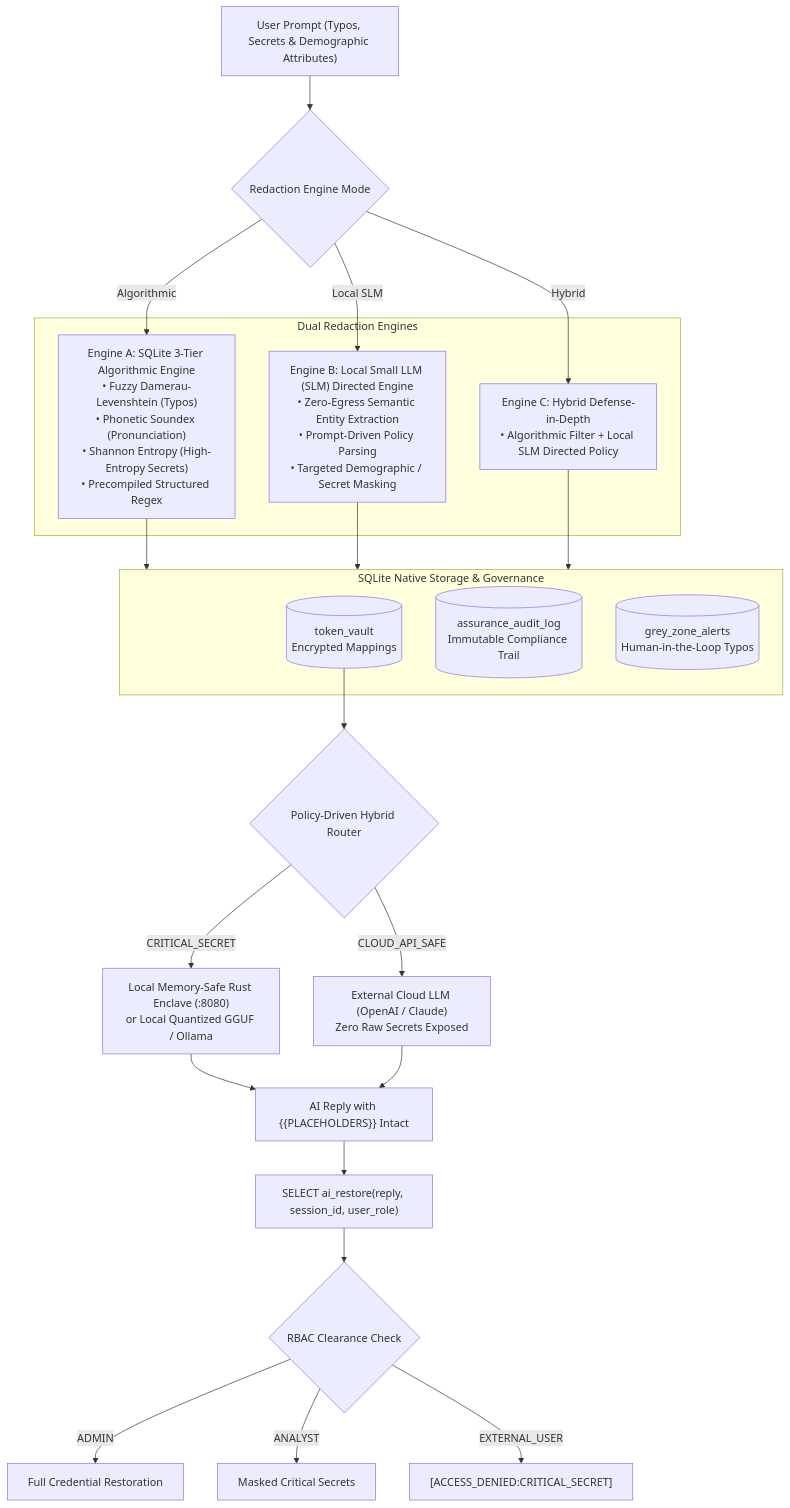
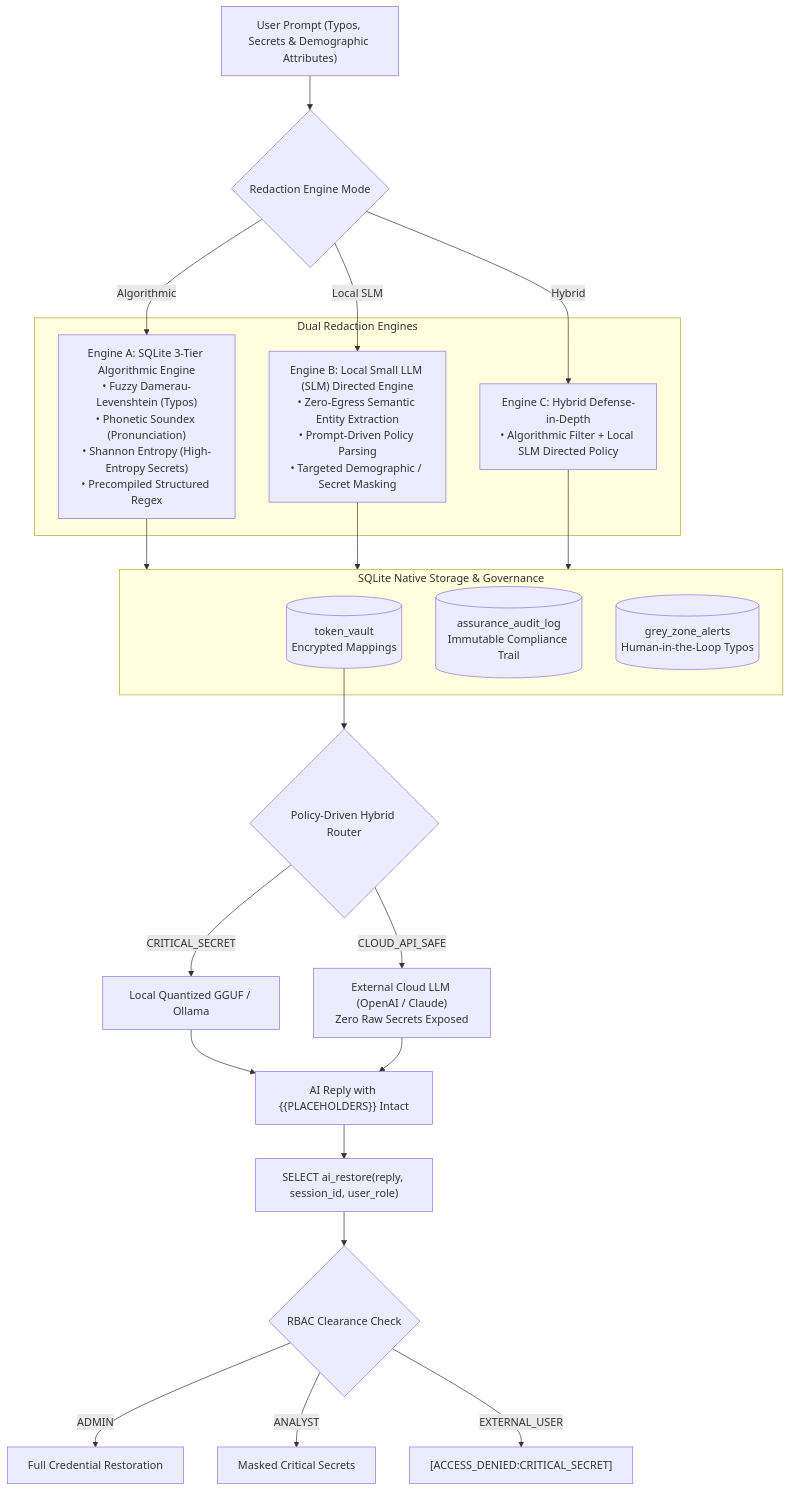
Before and after one commit to Shivam-Proliant/Autoredaction_engne: the diagram in UNDER_THE_HOOD.md, drawn with Mermaid. The commit also changed other lines of this file, not shown here.

````diff
--- a/UNDER_THE_HOOD.md
+++ b/UNDER_THE_HOOD.md
@@ -21,37 +21,37 @@
 ```mermaid
 flowchart TD
     UserPrompt["User Prompt (Typos, Secrets & Demographic Attributes)"] --> ModeSelect{"Redaction Engine Mode"}
 
     subgraph RedactionEngines["Dual Redaction Engines"]
         EngineA["Engine A: SQLite 3-Tier Algorithmic Engine<br/>• Fuzzy Damerau-Levenshtein (Typos)<br/>• Phonetic Soundex (Pronunciation)<br/>• Shannon Entropy (High-Entropy Secrets)<br/>• Precompiled Structured Regex"]
         EngineB["Engine B: Local Small LLM (SLM) Directed Engine<br/>• Zero-Egress Semantic Entity Extraction<br/>• Prompt-Driven Policy Parsing<br/>• Targeted Demographic / Secret Masking"]
         EngineHybrid["Engine C: Hybrid Defense-in-Depth<br/>• Algorithmic Filter + Local SLM Directed Policy"]
     end
 
     ModeSelect -->|"Algorithmic"| EngineA
     ModeSelect -->|"Local SLM"| EngineB
     ModeSelect -->|"Hybrid"| EngineHybrid
 
     EngineA --> SQLiteVault["SQLite Native Assurance Vault (assured_vault.db)"]
     EngineB --> SQLiteVault
     EngineHybrid --> SQLiteVault
 
     subgraph SQLiteVault["SQLite Native Storage & Governance"]
         TokenVault[("token_vault<br/>Encrypted Mappings")]
         AuditLog[("assurance_audit_log<br/>Immutable Compliance Trail")]
         GreyZone[("grey_zone_alerts<br/>Human-in-the-Loop Typos")]
     end
 
     TokenVault --> Router{"Policy-Driven Hybrid Router"}
-    Router -->|"CRITICAL_SECRET"| LocalEnclave["Local Memory-Safe Rust Enclave (:8080)<br/>or Local Quantized GGUF / Ollama"]
+    Router -->|"CRITICAL_SECRET"| LocalEnclave["Local Quantized GGUF / Ollama"]
     Router -->|"CLOUD_API_SAFE"| CloudLLM["External Cloud LLM (OpenAI / Claude)<br/>Zero Raw Secrets Exposed"]
 
     LocalEnclave --> AIResponse["AI Reply with {{PLACEHOLDERS}} Intact"]
     CloudLLM --> AIResponse
 
     AIResponse --> Detokenise["SELECT ai_restore(reply, session_id, user_role)"]
     Detokenise --> RBAC{"RBAC Clearance Check"}
     RBAC -->|"ADMIN"| FullClearance["Full Credential Restoration"]
     RBAC -->|"ANALYST"| PartialClearance["Masked Critical Secrets"]
     RBAC -->|"EXTERNAL_USER"| MaskedClearance["[ACCESS_DENIED:CRITICAL_SECRET]"]
 ```
````
